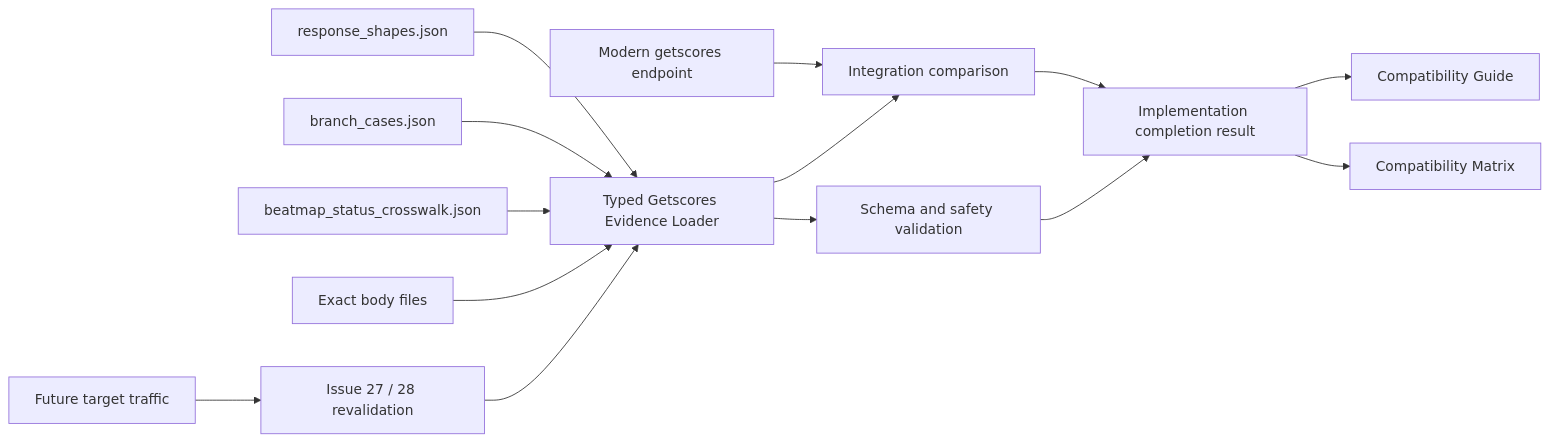
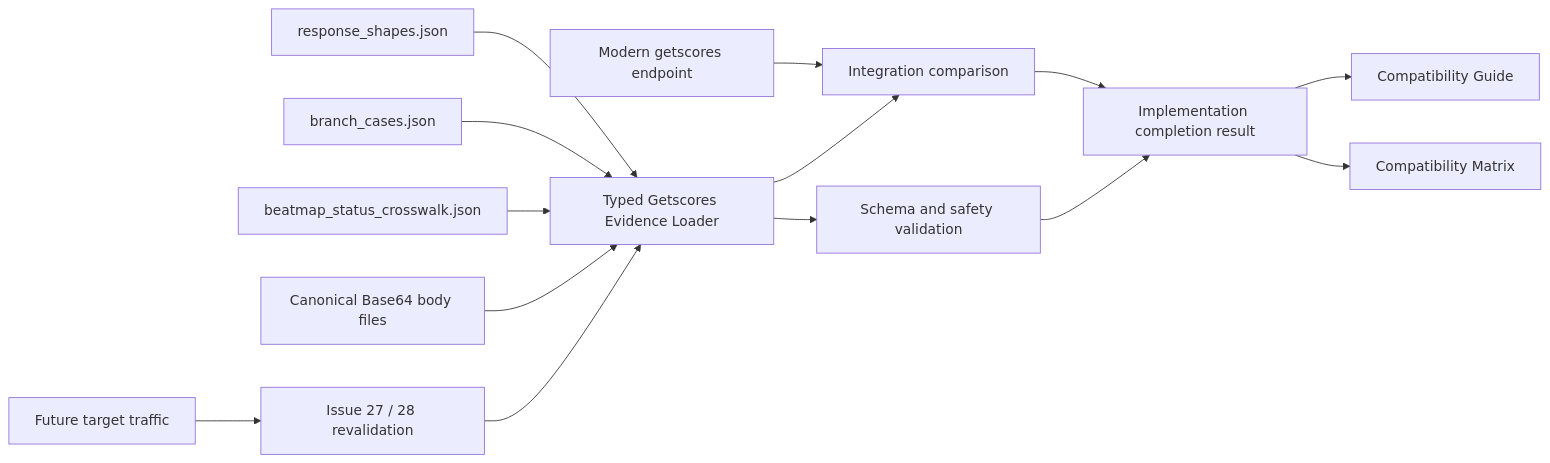
One commit to Reticulmz/athena changed the first of 3 diagrams in .kiro/specs/getscores-implementation-completion/design.md. Above: the diagram before and after it, drawn with Mermaid. The commit also changed other lines of this file and 10 other files, not shown here.

````diff
--- a/.kiro/specs/getscores-implementation-completion/design.md
+++ b/.kiro/specs/getscores-implementation-completion/design.md
@@ -109,16 +109,16 @@
 ```mermaid
 graph LR
     ShapeManifest[response_shapes.json] --> EvidenceLoader[Typed Getscores Evidence Loader]
     BranchCatalog[branch_cases.json] --> EvidenceLoader
     StatusCrosswalk[beatmap_status_crosswalk.json] --> EvidenceLoader
-    BodyFixtures[Exact body files] --> EvidenceLoader
+    BodyFixtures[Canonical Base64 body files] --> EvidenceLoader
     EvidenceLoader --> EvidenceValidation[Schema and safety validation]
     RuntimeEndpoint[Modern getscores endpoint] --> RuntimeTests[Integration comparison]
     EvidenceLoader --> RuntimeTests
     RuntimeTests --> CompletionResult[Implementation completion result]
     EvidenceValidation --> CompletionResult
     CompletionResult --> Guide[Compatibility Guide]
     CompletionResult --> Matrix[Compatibility Matrix]
     TargetEvidence[Future target traffic] --> Revalidation[Issue 27 / 28 revalidation]
     Revalidation --> EvidenceLoader
 ```
````
